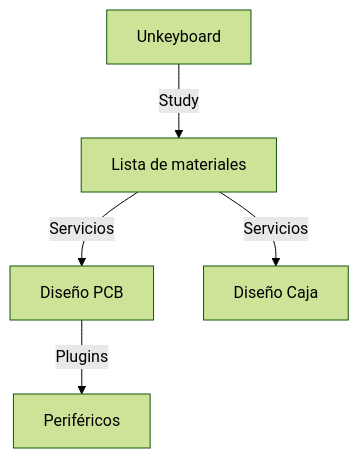
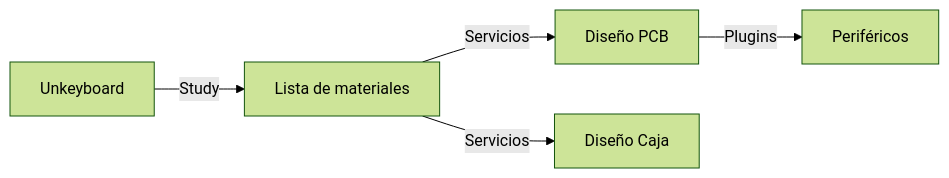
One commit to luarpy/Unkeyboard changed the diagram in README.md. Above: the diagram before and after it, drawn with Mermaid (forest theme).

````diff
--- a/README.md
+++ b/README.md
@@ -29,8 +29,8 @@
 ```mermaid
-flowchart TD
+flowchart LR
     A[Unkeyboard] -->|Study| B[Lista de materiales]
     B --> |Servicios|C[Diseño PCB]
     B --> |Servicios|D[Diseño Caja]
     C -->|Plugins| E[Periféricos]
 
 ```
````
